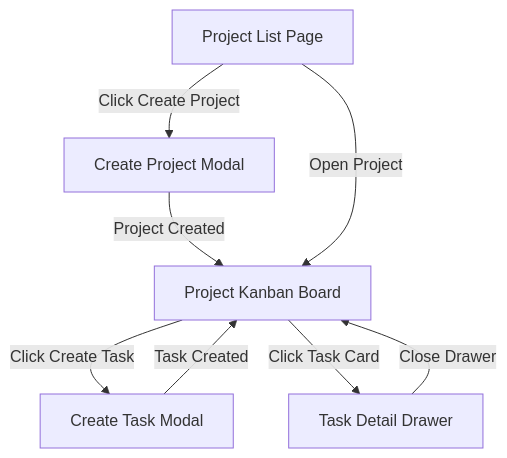
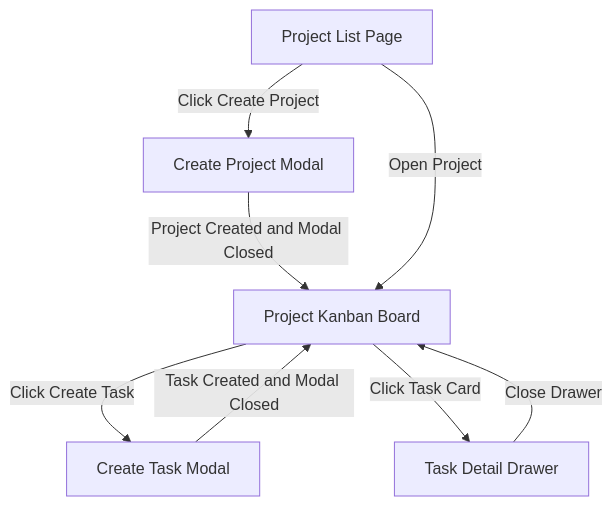
Before and after one commit to MSIT12806/RonFlow: the diagram in docs/specs/ronflow-core-flow-spec.md, drawn with Mermaid. The commit also changed other lines of this file, not shown here.

````diff
--- a/docs/specs/ronflow-core-flow-spec.md
+++ b/docs/specs/ronflow-core-flow-spec.md
@@ -124,16 +149,16 @@
 ```mermaid
 flowchart TD
     A[Project List Page]
     B[Create Project Modal]
     C[Project Kanban Board]
     D[Create Task Modal]
     E[Task Detail Drawer]
 
     A -->|Click Create Project| B
-    B -->|Project Created| C
+    B -->|Project Created and Modal Closed| C
     A -->|Open Project| C
     C -->|Click Create Task| D
-    D -->|Task Created| C
+    D -->|Task Created and Modal Closed| C
     C -->|Click Task Card| E
     E -->|Close Drawer| C
 ```
````
